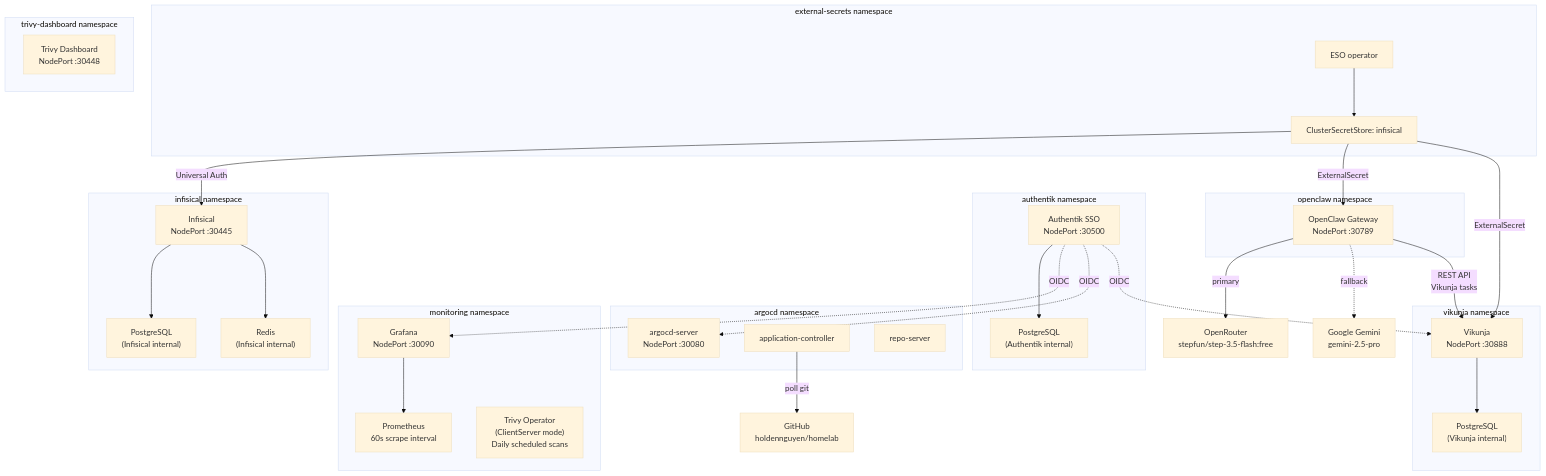
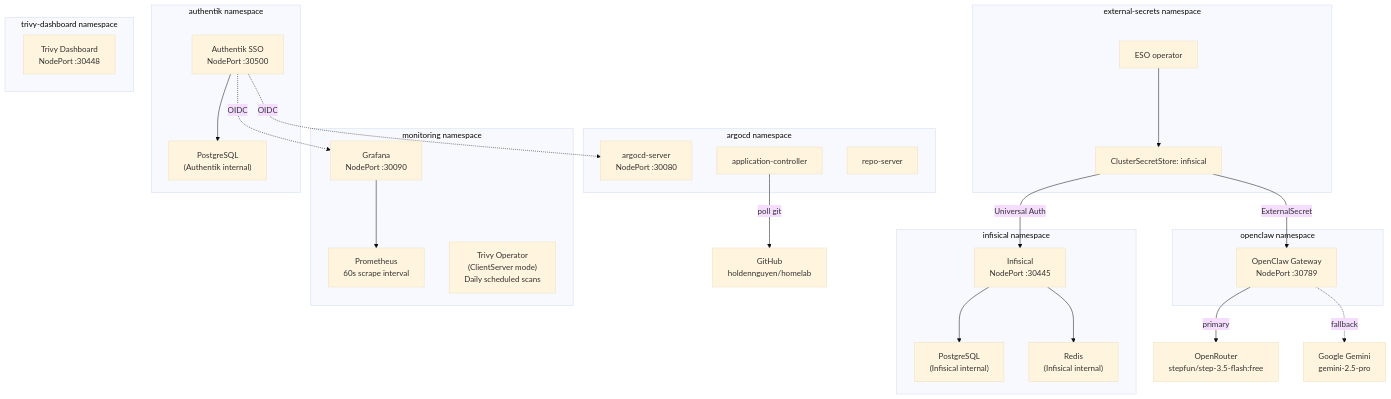
Before and after one commit to haingth77/homelab: the fourth of 4 diagrams in docs/getting-started/architecture.md, drawn with Mermaid (base theme). The commit also changed other lines of this file and 46 other files, not shown here.

````diff
--- a/docs/getting-started/architecture.md
+++ b/docs/getting-started/architecture.md
@@ -177,60 +176,52 @@
 ```mermaid
 flowchart TD
     subgraph infisicalNs["infisical namespace"]
         InfisicalPod["Infisical\nNodePort :30445"]
         InfisicalPG["PostgreSQL\n(Infisical internal)"]
         InfisicalRedis["Redis\n(Infisical internal)"]
         InfisicalPod --> InfisicalPG
         InfisicalPod --> InfisicalRedis
     end
 
     subgraph esoNs["external-secrets namespace"]
         ESOPod["ESO operator"]
         CSS["ClusterSecretStore: infisical"]
     end
 
     subgraph argocdNs["argocd namespace"]
         ArgoServer["argocd-server\nNodePort :30080"]
         ArgoController["application-controller"]
         ArgoRepo["repo-server"]
     end
 
     subgraph monNs["monitoring namespace"]
         GrafanaPod["Grafana\nNodePort :30090"]
         PromPod["Prometheus\n60s scrape interval"]
         TrivyPod["Trivy Operator\n(ClientServer mode)\nDaily scheduled scans"]
         GrafanaPod --> PromPod
     end
 
     subgraph authentikNs["authentik namespace"]
         AuthentikPod["Authentik SSO\nNodePort :30500"]
         AuthentikPG["PostgreSQL\n(Authentik internal)"]
         AuthentikPod --> AuthentikPG
     end
 
     subgraph openclawNs["openclaw namespace"]
         OpenClawPod["OpenClaw Gateway\nNodePort :30789"]
     end
 
     subgraph trivyDashNs["trivy-dashboard namespace"]
         TrivyDashPod["Trivy Dashboard\nNodePort :30448"]
     end
 
-    subgraph vikunjaNs["vikunja namespace"]
-        VikunjaPod["Vikunja\nNodePort :30888"]
-        VikunjaPG["PostgreSQL\n(Vikunja internal)"]
-        VikunjaPod --> VikunjaPG
-    end
 
     AuthentikPod -. "OIDC" .-> GrafanaPod
     AuthentikPod -. "OIDC" .-> ArgoServer
-    AuthentikPod -. "OIDC" .-> VikunjaPod
     ESOPod --> CSS
     CSS -- "Universal Auth" --> InfisicalPod
     CSS -- "ExternalSecret" --> OpenClawPod
-    CSS -- "ExternalSecret" --> VikunjaPod
     OpenClawPod -- "primary" --> OpenRouterAPI["OpenRouter\nstepfun/step-3.5-flash:free"]
     OpenClawPod -. "fallback" .-> GeminiAPI["Google Gemini\ngemini-2.5-pro"]
-    OpenClawPod -- "REST API\nVikunja tasks" --> VikunjaPod
     ArgoController -- "poll git" --> GitHub["GitHub\nholdennguyen/homelab"]
 ```
````
